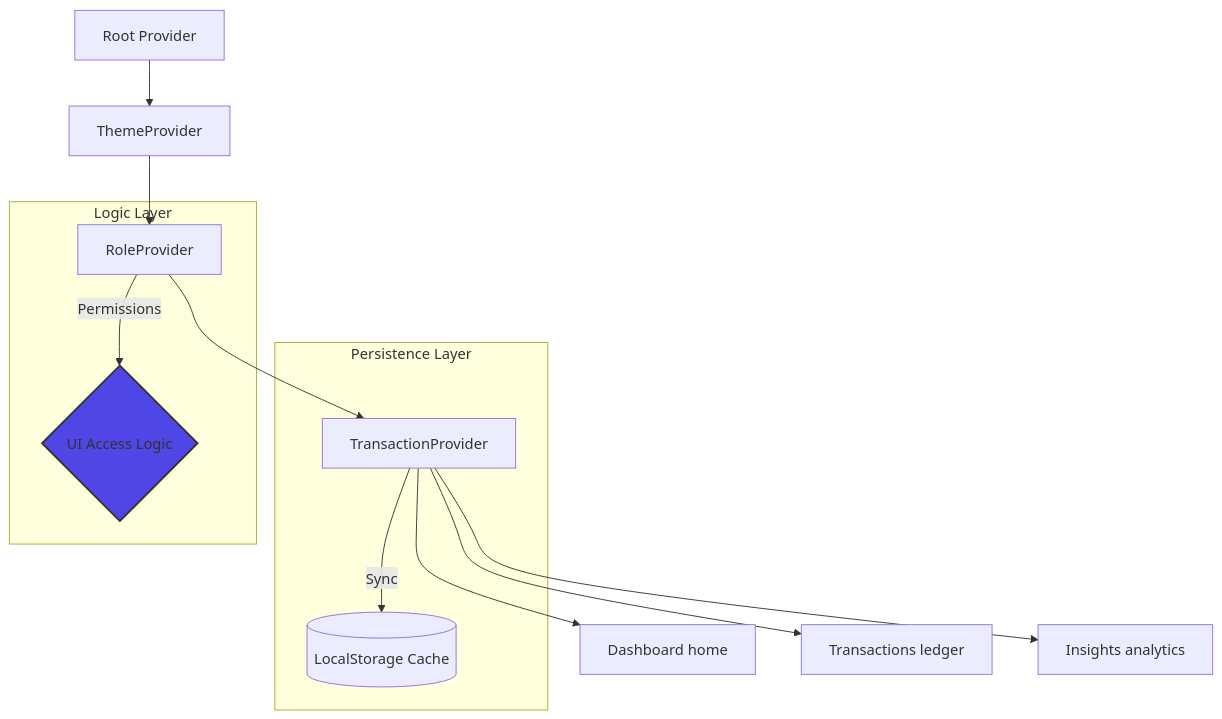
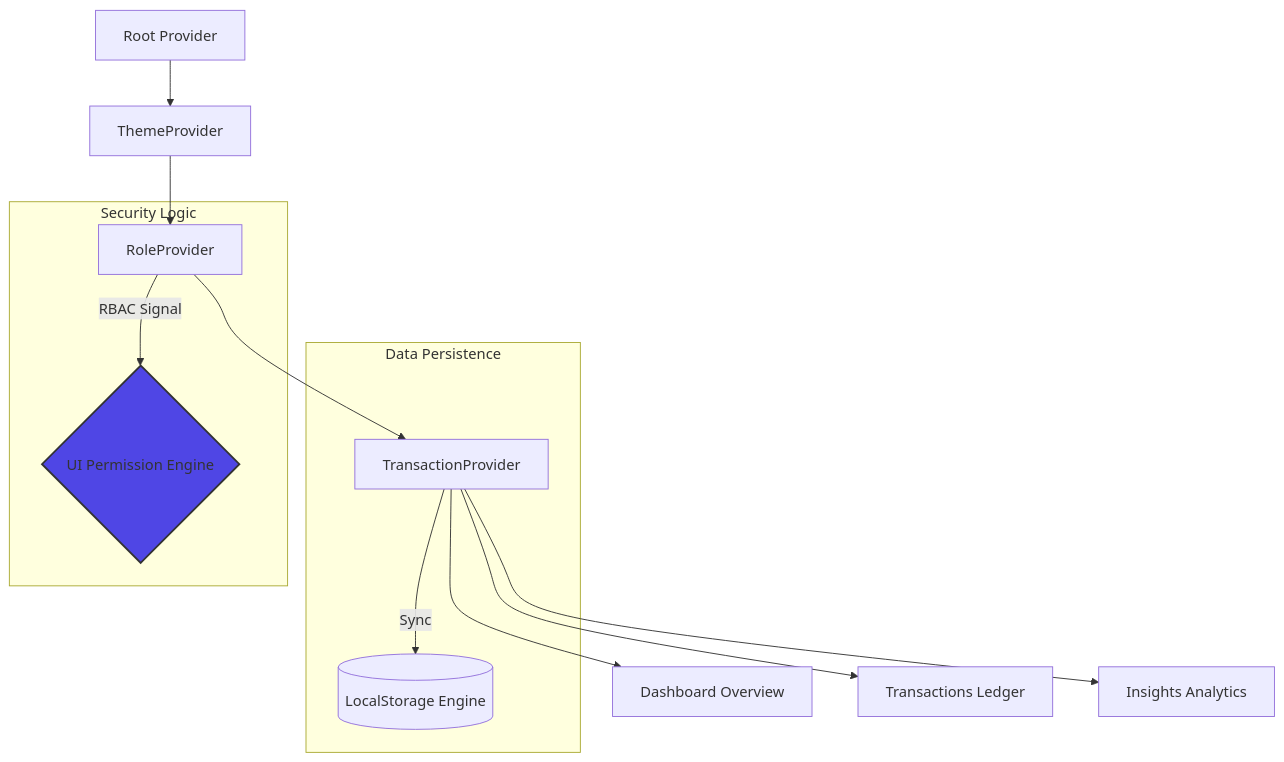
The diagram in README.md (Mezan2002/finance-dashboard-client), drawn with Mermaid before and after one commit. The commit also changed other lines of this file, not shown here.

````diff
--- a/README.md
+++ b/README.md
@@ -55,18 +67,18 @@
 ```mermaid
 graph TD
     A[Root Provider] --> B[ThemeProvider]
     B --> C[RoleProvider]
     C --> D[TransactionProvider]
-    D --> E[Dashboard home]
-    D --> F[Transactions ledger]
-    D --> G[Insights analytics]
+    D --> E[Dashboard Overview]
+    D --> F[Transactions Ledger]
+    D --> G[Insights Analytics]
 
-    subgraph "Persistence Layer"
-    D -- Sync --> H[(LocalStorage Cache)]
+    subgraph "Data Persistence"
+    D -- Sync --> H[(LocalStorage Engine)]
     end
 
-    subgraph "Logic Layer"
-    C -- Permissions --> I{UI Access Logic}
+    subgraph "Security Logic"
+    C -- RBAC Signal --> I{UI Permission Engine}
     style I fill:#4f46e5,stroke:#333,stroke-width:2px;
     end
 ```
````
